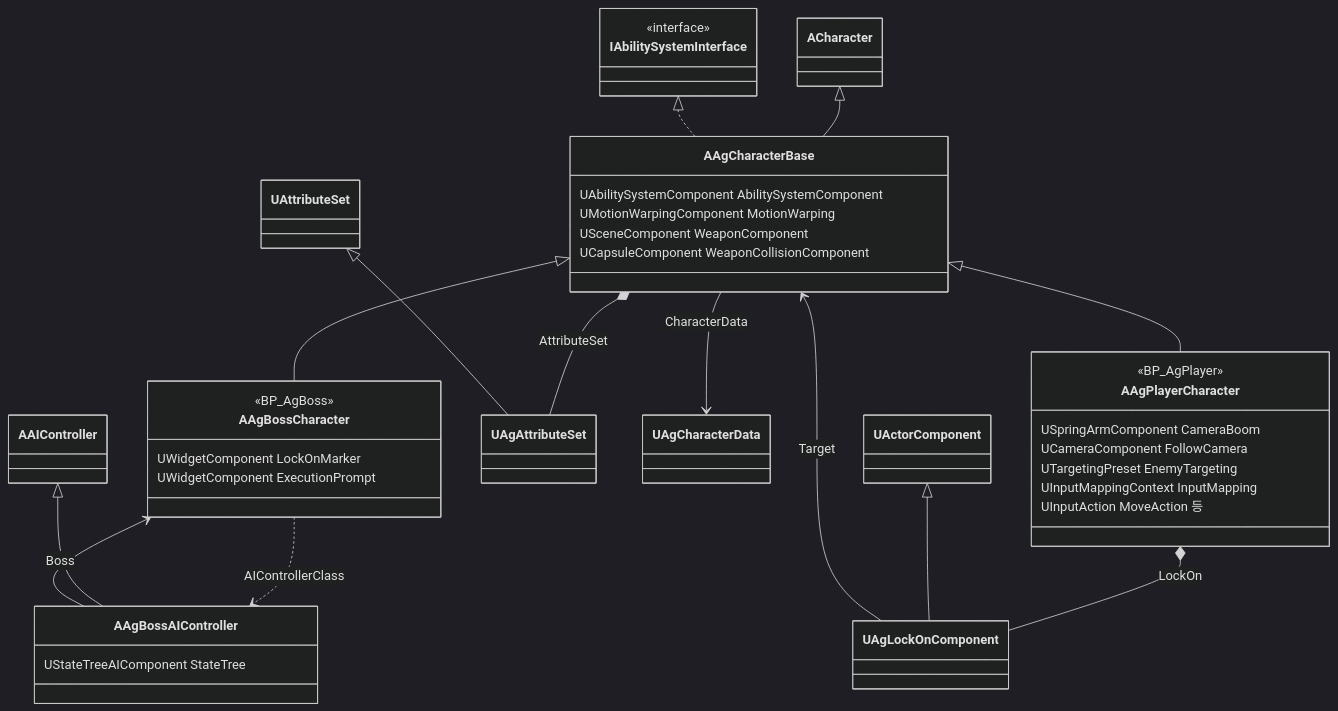
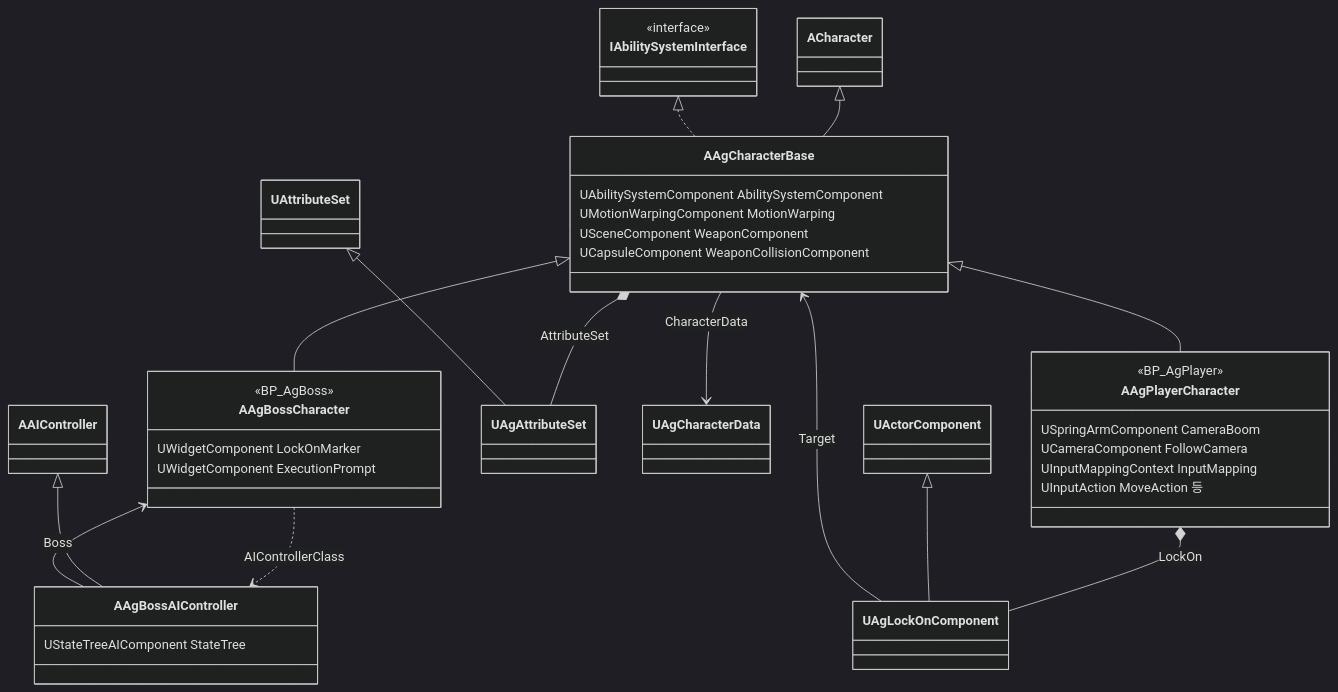
Before and after one commit to Woogl/Ag: the second of 21 diagrams in Docs/Program/클래스 구조도.md, drawn with Mermaid (dark theme). The commit also changed other lines of this file and 30 other files, not shown here.

````diff
--- a/Docs/Program/클래스 구조도.md
+++ b/Docs/Program/클래스 구조도.md
@@ -59,43 +59,42 @@
 ```mermaid
 classDiagram
     direction TB
     class IAbilitySystemInterface {
         <<interface>>
     }
     class AAgCharacterBase {
         UAbilitySystemComponent AbilitySystemComponent
         UMotionWarpingComponent MotionWarping
         USceneComponent WeaponComponent
         UCapsuleComponent WeaponCollisionComponent
     }
     class AAgPlayerCharacter {
         <<BP_AgPlayer>>
         USpringArmComponent CameraBoom
         UCameraComponent FollowCamera
-        UTargetingPreset EnemyTargeting
         UInputMappingContext InputMapping
         UInputAction MoveAction 등
     }
     class AAgBossCharacter {
         <<BP_AgBoss>>
         UWidgetComponent LockOnMarker
         UWidgetComponent ExecutionPrompt
     }
     class AAgBossAIController {
         UStateTreeAIComponent StateTree
     }
     ACharacter <|-- AAgCharacterBase
     IAbilitySystemInterface <|.. AAgCharacterBase
     AAgCharacterBase <|-- AAgPlayerCharacter
     AAgCharacterBase <|-- AAgBossCharacter
 
     AAgCharacterBase *-- UAgAttributeSet : AttributeSet
     UAttributeSet <|-- UAgAttributeSet
     AAgCharacterBase --> UAgCharacterData : CharacterData
     AAgPlayerCharacter *-- UAgLockOnComponent : LockOn
     UActorComponent <|-- UAgLockOnComponent
     UAgLockOnComponent --> AAgCharacterBase : Target
     AAgBossCharacter ..> AAgBossAIController : AIControllerClass
     AAIController <|-- AAgBossAIController
     AAgBossAIController --> AAgBossCharacter : Boss
 ```
````
